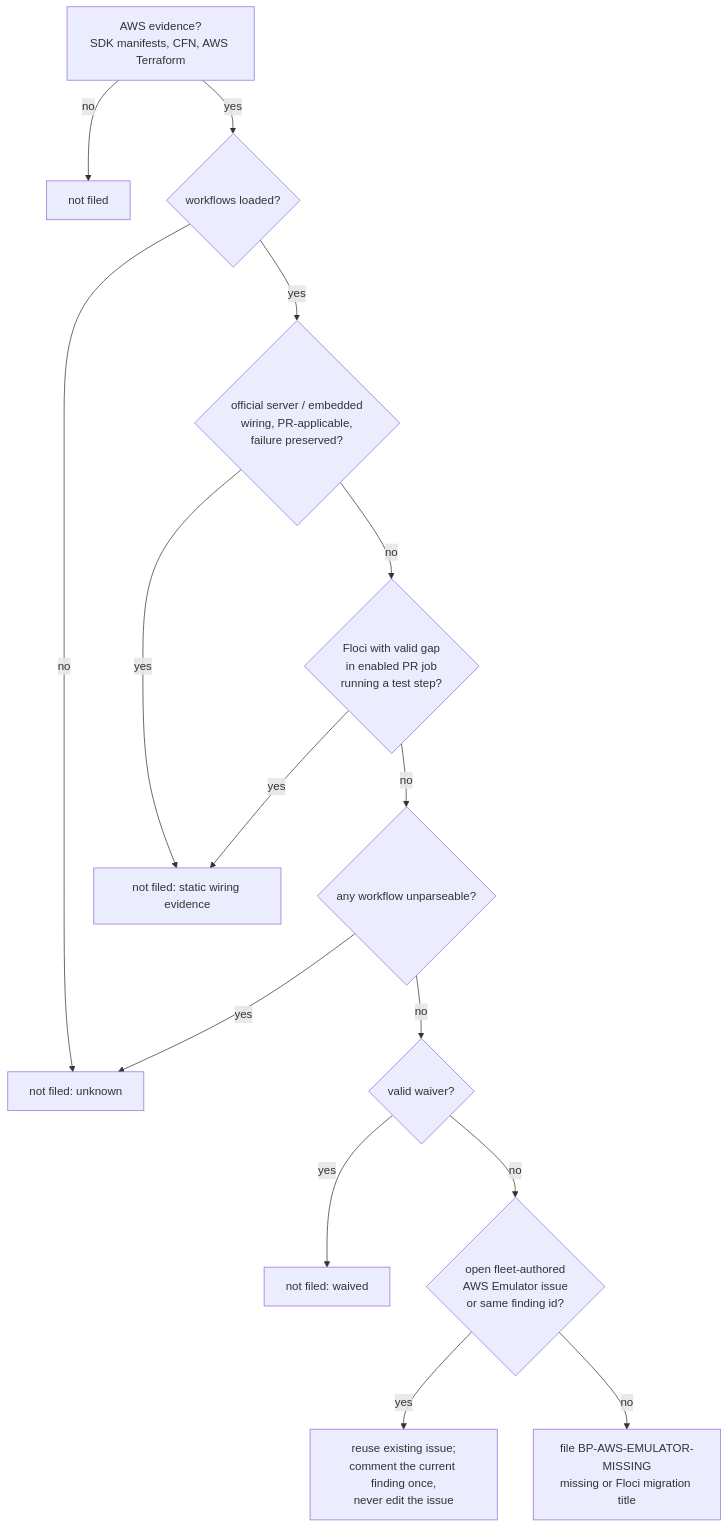
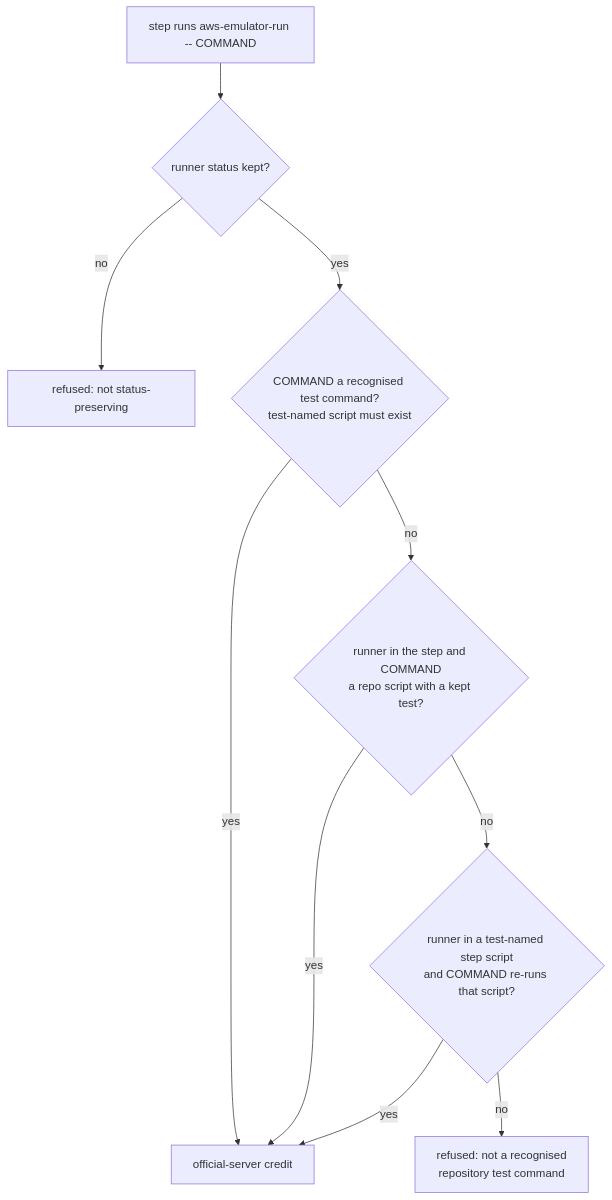
Before and after one commit to stSoftwareAU/VibeCoder: the diagram in docs/archive/pr-summaries/pr-summary-5112.md, drawn with Mermaid. The commit also changed other lines of this file and 4 other files, not shown here.

````diff
--- a/docs/archive/pr-summaries/pr-summary-5112.md
+++ b/docs/archive/pr-summaries/pr-summary-5112.md
@@ -86,17 +66,12 @@
 ```mermaid
 flowchart TD
-    A[AWS evidence?<br/>SDK manifests, CFN, AWS Terraform] -- no --> N0[not filed]
-    A -- yes --> W{workflows loaded?}
-    W -- no --> N1[not filed: unknown]
-    W -- yes --> C{official server / embedded<br/>wiring, PR-applicable,<br/>failure preserved?}
-    C -- yes --> N2[not filed: static wiring evidence]
-    C -- no --> G{Floci with valid gap<br/>in enabled PR job<br/>running a test step?}
-    G -- yes --> N2
-    G -- no --> U{any workflow unparseable?}
-    U -- yes --> N1
-    U -- no --> V{valid waiver?}
-    V -- yes --> N3[not filed: waived]
-    V -- no --> E{open fleet-authored<br/>AWS Emulator issue<br/>or same finding id?}
-    E -- yes --> N4[reuse existing issue;<br/>comment the current finding once,<br/>never edit the issue]
-    E -- no --> F[file BP-AWS-EMULATOR-MISSING<br/>missing or Floci migration title]
+    S[step runs aws-emulator-run -- COMMAND] --> K{runner status kept?}
+    K -- no --> R1[refused: not status-preserving]
+    K -- yes --> A{COMMAND a recognised test command?<br/>test-named script must exist}
+    A -- yes --> C[official-server credit]
+    A -- no --> B{runner in the step and COMMAND<br/>a repo script with a kept test?}
+    B -- yes --> C
+    B -- no --> SR{runner in a test-named step script<br/>and COMMAND re-runs that script?}
+    SR -- yes --> C
+    SR -- no --> R2[refused: not a recognised<br/>repository test command]
 ```
````
